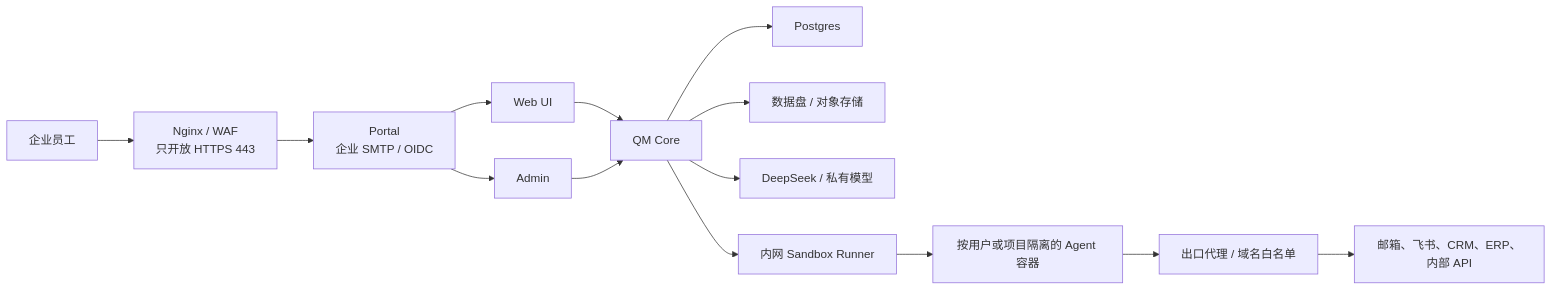
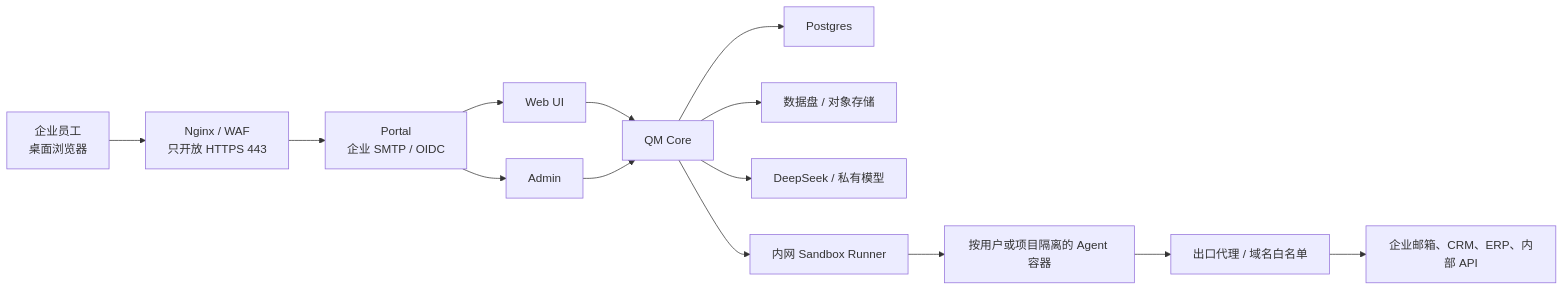
Before and after one commit to metax2AI/qm: the diagram in deploy/layers/metax2ai/CHINA_ENTERPRISE_ROADMAP.md, drawn with Mermaid. The commit also changed other lines of this file, not shown here.

First line of the commit message:
china roadmap: scope to a web-only desktop product (#3)

````diff
--- a/deploy/layers/metax2ai/CHINA_ENTERPRISE_ROADMAP.md
+++ b/deploy/layers/metax2ai/CHINA_ENTERPRISE_ROADMAP.md
@@ -32,16 +34,16 @@
 ```mermaid
 flowchart LR
-    U["企业员工"] --> G["Nginx / WAF<br/>只开放 HTTPS 443"]
+    U["企业员工<br/>桌面浏览器"] --> G["Nginx / WAF<br/>只开放 HTTPS 443"]
     G --> P["Portal<br/>企业 SMTP / OIDC"]
     P --> W["Web UI"]
     P --> A["Admin"]
     W --> C["QM Core"]
     A --> C
     C --> PG["Postgres"]
     C --> F["数据盘 / 对象存储"]
     C --> M["DeepSeek / 私有模型"]
     C --> R["内网 Sandbox Runner"]
     R --> S["按用户或项目隔离的 Agent 容器"]
     S --> E["出口代理 / 域名白名单"]
-    E --> B["邮箱、飞书、CRM、ERP、内部 API"]
+    E --> B["企业邮箱、CRM、ERP、内部 API"]
 ```
````
